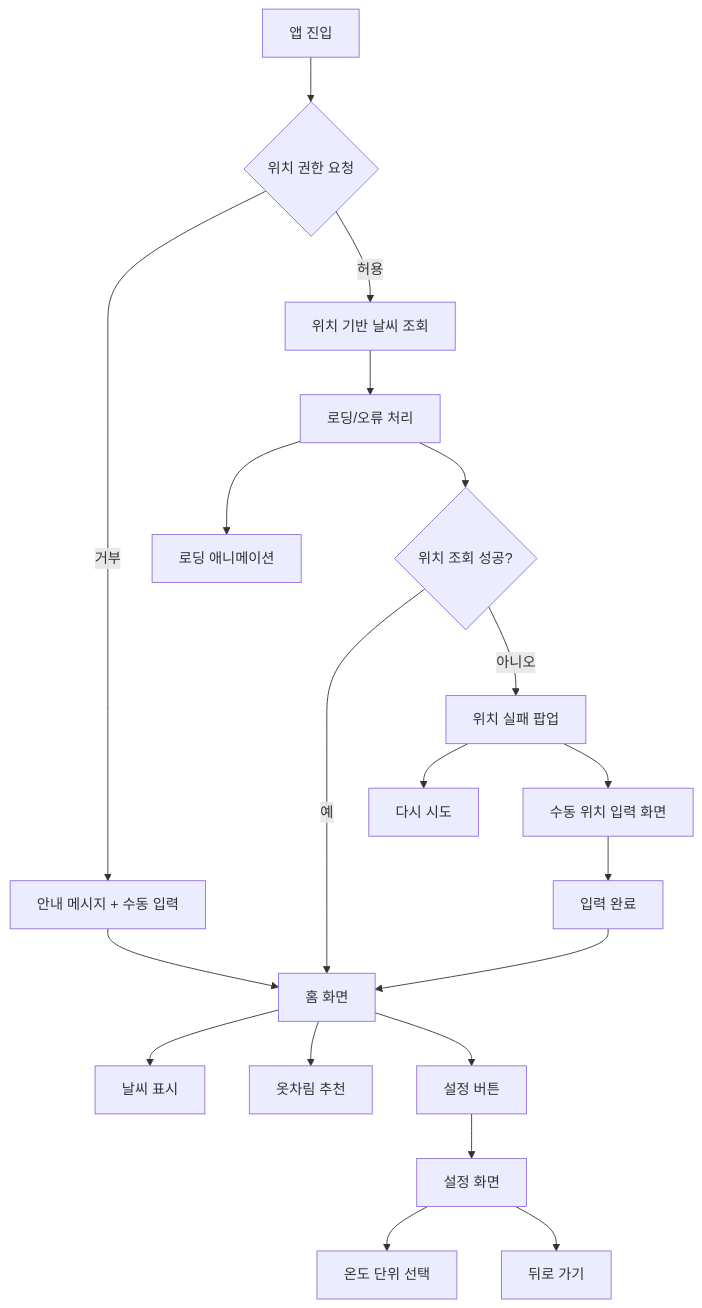
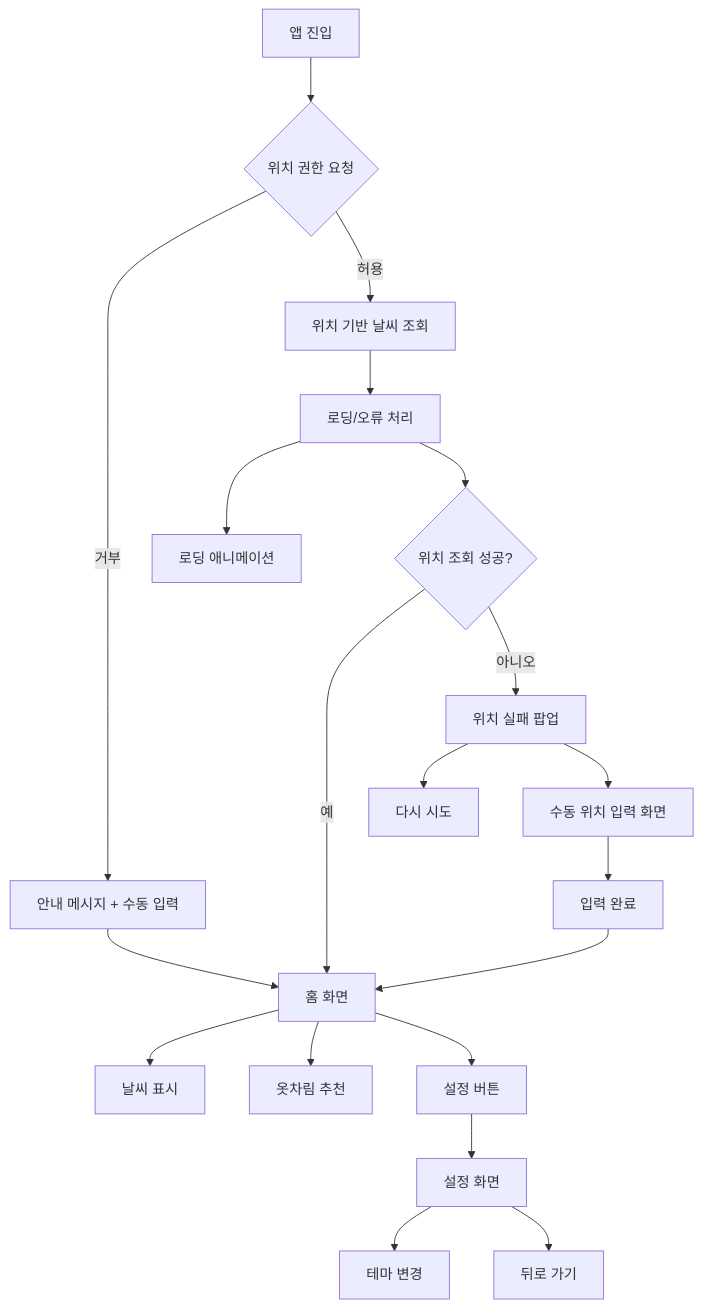
The diagram in 3주차/readme.md (Gnyo/Capstone), drawn with Mermaid before and after one commit. The commit also changed other lines of this file, not shown here.

````diff
--- a/3주차/readme.md
+++ b/3주차/readme.md
@@ -21,19 +21,19 @@
 ```mermaid
 flowchart TD
     A["앱 진입"] --> B{"위치 권한 요청"}
     B -- 거부 --> D["안내 메시지 + 수동 입력"]
     D --> E["홈 화면"]
     B -- 허용 --> C["위치 기반 날씨 조회"]
     C --> M["로딩/오류 처리"]
     M --> N["로딩 애니메이션"]
     M --> O{"위치 조회 성공?"}
     O -- 예 --> E
     O -- 아니오 --> P["위치 실패 팝업"]
     P --> Q["다시 시도"]
     P --> R["수동 위치 입력 화면"]
     R --> S["입력 완료"]
     S --> E
     E --> F["날씨 표시"] & G["옷차림 추천"] & H["설정 버튼"]
     H --> I["설정 화면"]
-    I --> J["온도 단위 선택"] & L["뒤로 가기"]
+    I --> J["테마 변경"] & L["뒤로 가기"]
 ```
````
